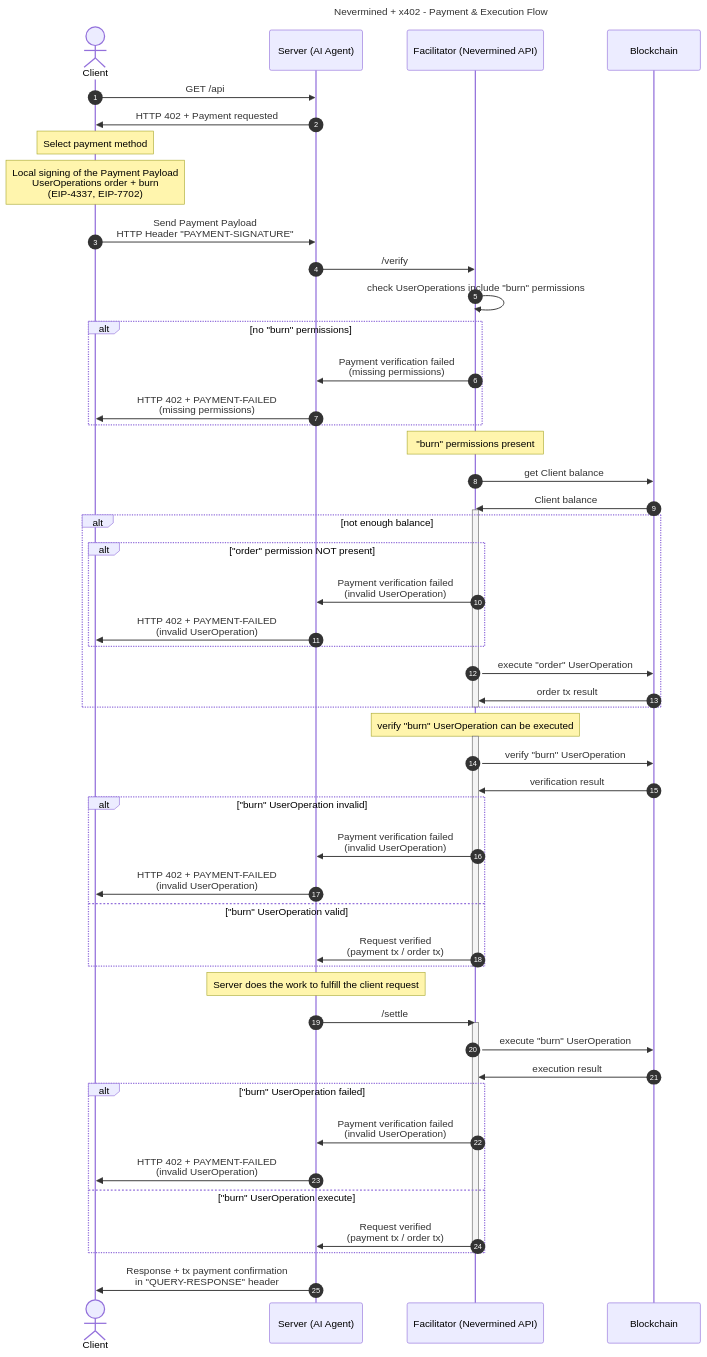
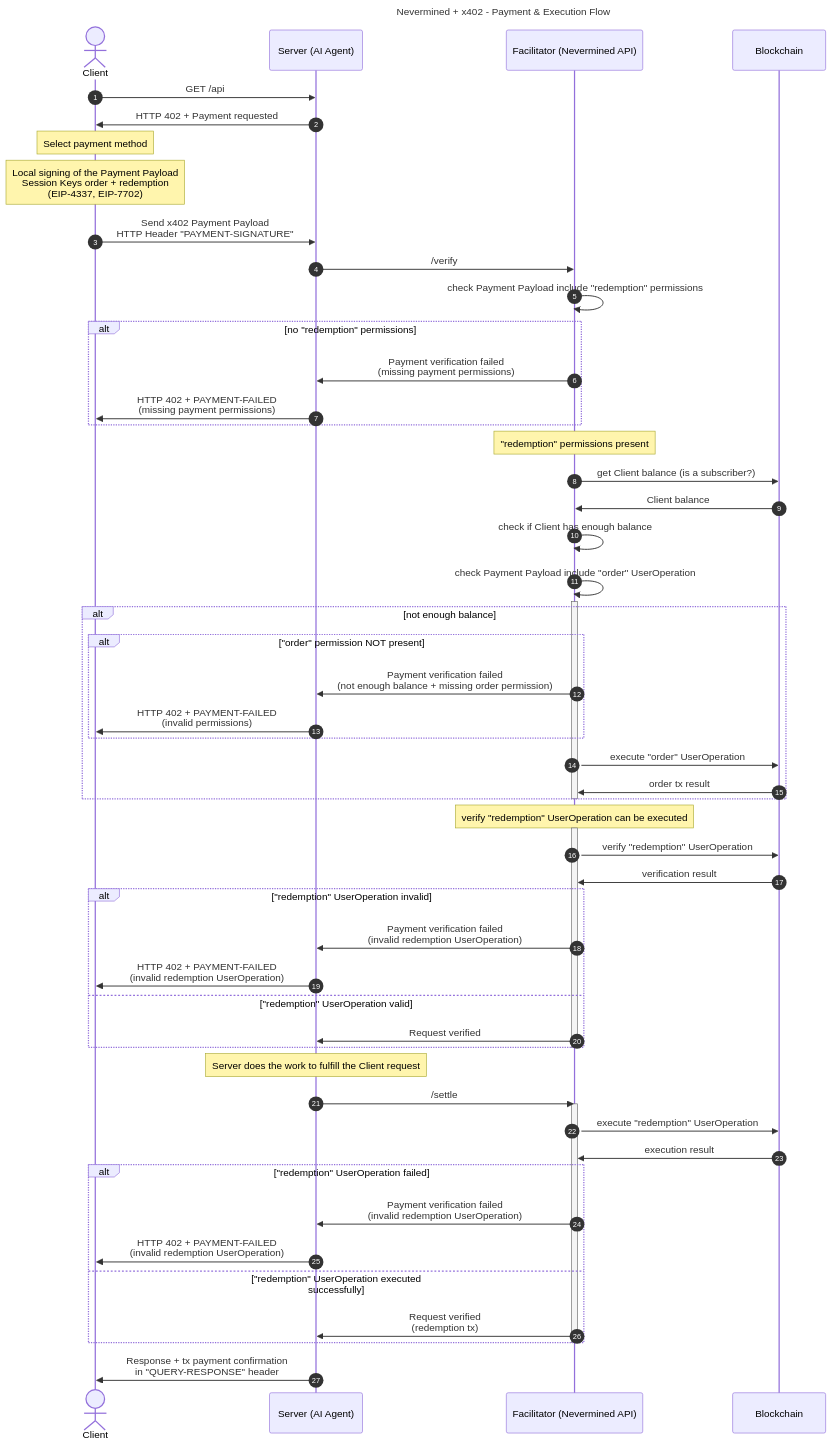
The diagram in docs/x402/NVM-x402_integration.md (nevermined-io/contracts), drawn with Mermaid before and after one commit. The commit also changed other lines of this file, not shown here.

````diff
--- a/docs/x402/NVM-x402_integration.md
+++ b/docs/x402/NVM-x402_integration.md
@@ -44,80 +57,81 @@
 ```mermaid
 ---
 title: Nevermined + x402 - Payment & Execution Flow
 ---
 sequenceDiagram
   autonumber
 
   %% ACTORS
   actor client as Client
   participant server as Server (AI Agent)
   participant facilitator as Facilitator (Nevermined API)
   participant blockchain as Blockchain
 
   %% 1) CLIENT SELECTS PAYMENT METHOD & SENDS PAYMENT PAYLOAD
   client->>server: GET /api
   server->>client: HTTP 402 + Payment requested
   note over client: Select payment method
-  note over client: Local signing of the Payment Payload<br/> UserOperations order + burn<br/>(EIP-4337, EIP-7702)
+  note over client: Local signing of the Payment Payload<br/> Session Keys order + redemption<br/>(EIP-4337, EIP-7702)
 
-  client->>server: Send Payment Payload <br/> HTTP Header "PAYMENT-SIGNATURE"
+  client->>server: Send x402 Payment Payload <br/> HTTP Header "PAYMENT-SIGNATURE"
 
   %%2) VERIFICATION
 
   server->>facilitator: /verify
-  facilitator->>facilitator: check UserOperations include "burn" permissions
-  alt no "burn" permissions
-    facilitator->>server: Payment verification failed<br/> (missing permissions)
-    server->>client: HTTP 402 + PAYMENT-FAILED<br/> (missing permissions)
+  facilitator->>facilitator: check Payment Payload include "redemption" permissions
+  alt no "redemption" permissions
+    facilitator->>server: Payment verification failed<br/> (missing payment permissions)
+    server->>client: HTTP 402 + PAYMENT-FAILED<br/> (missing payment permissions)
   end
 
-  note over facilitator: "burn" permissions present
-
-  facilitator->>blockchain: get Client balance
+  note over facilitator: "redemption" permissions present
+  facilitator->>blockchain: get Client balance (is a subscriber?)
   blockchain->>facilitator: Client balance
+  facilitator->>facilitator: check if Client has enough balance
+  facilitator->>facilitator: check Payment Payload include "order" UserOperation
   activate facilitator
 
   alt not enough balance
     alt "order" permission NOT present
-      facilitator->>server: Payment verification failed<br/> (invalid UserOperation)
-      server->>client: HTTP 402 + PAYMENT-FAILED<br/> (invalid UserOperation)
+      facilitator->>server: Payment verification failed<br/> (not enough balance + missing order permission)
+      server->>client: HTTP 402 + PAYMENT-FAILED<br/> (invalid permissions)
     end
     facilitator->>blockchain: execute "order" UserOperation
     blockchain->>facilitator: order tx result
   end
   deactivate facilitator
 
-  note over facilitator: verify "burn" UserOperation can be executed
+  note over facilitator: verify "redemption" UserOperation can be executed
   activate facilitator
-  facilitator->>blockchain: verify "burn" UserOperation
+  facilitator->>blockchain: verify "redemption" UserOperation
   blockchain->>facilitator: verification result
 
-  alt "burn" UserOperation invalid
-    facilitator->>server: Payment verification failed<br/> (invalid UserOperation)
-    server->>client: HTTP 402 + PAYMENT-FAILED<br/> (invalid UserOperation)
-  else "burn" UserOperation valid
-    facilitator->>server: Request verified<br/> (payment tx / order tx)
+  alt "redemption" UserOperation invalid
+    facilitator->>server: Payment verification failed<br/> (invalid redemption UserOperation)
+    server->>client: HTTP 402 + PAYMENT-FAILED<br/> (invalid redemption UserOperation)
+  else "redemption" UserOperation valid
+    facilitator->>server: Request verified
   end
 
   deactivate facilitator
 
 
   %%3) SETTLEMENT
 
-  note over server: Server does the work to fulfill the client request
+  note over server: Server does the work to fulfill the Client request
 
   server->>facilitator: /settle
 
   activate facilitator
-  facilitator->>blockchain: execute "burn" UserOperation
+  facilitator->>blockchain: execute "redemption" UserOperation
   blockchain->>facilitator: execution result
 
-  alt "burn" UserOperation failed
-    facilitator->>server: Payment verification failed<br/> (invalid UserOperation)
-    server->>client: HTTP 402 + PAYMENT-FAILED<br/> (invalid UserOperation)
-  else "burn" UserOperation execute
-    facilitator->>server: Request verified<br/> (payment tx / order tx)
+  alt "redemption" UserOperation failed
+    facilitator->>server: Payment verification failed<br/> (invalid redemption UserOperation)
+    server->>client: HTTP 402 + PAYMENT-FAILED<br/> (invalid redemption UserOperation)
+  else "redemption" UserOperation executed successfully
+    facilitator->>server: Request verified<br/> (redemption tx)
   end
   deactivate facilitator
   server->>client: Response + tx payment confirmation<br/> in "QUERY-RESPONSE" header
 ```
````
